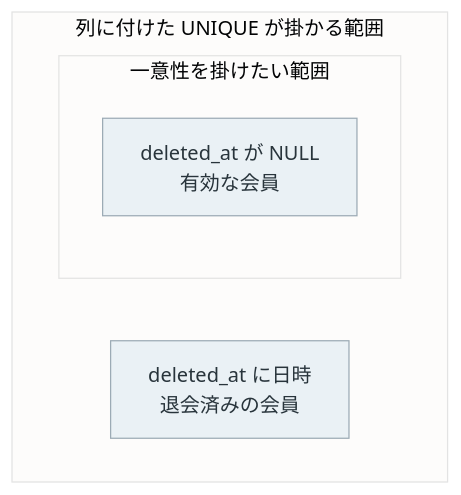
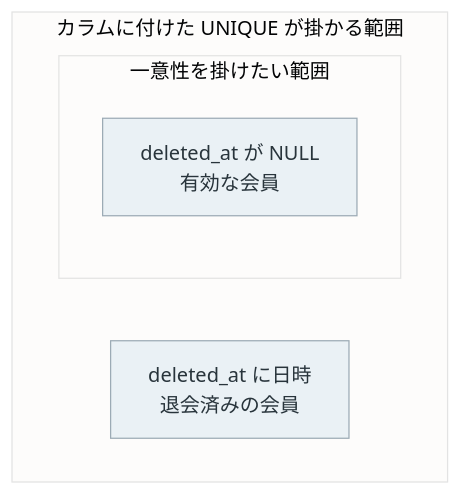
Before and after one commit to nao1215/debimate: the fourth of 5 diagrams in content/notes/database-systems/unique-constraint/index.md, drawn with Mermaid. The commit also changed other lines of this file and 125 other files, not shown here.

````diff
--- a/content/notes/database-systems/unique-constraint/index.md
+++ b/content/notes/database-systems/unique-constraint/index.md
@@ -160,11 +162,11 @@
 ```mermaid
 %%{init: {"theme":"base","themeVariables":{"primaryColor":"#eaf1f5","primaryTextColor":"#28343b","primaryBorderColor":"#9cabb5","lineColor":"#596b76","textColor":"#28343b","actorBkg":"#eaf1f5","actorBorder":"#9cabb5","actorTextColor":"#28343b","actorLineColor":"#9cabb5","signalColor":"#596b76","signalTextColor":"#28343b","noteBkgColor":"#f7f1e5","noteBorderColor":"#c5b99b","noteTextColor":"#403c32","activationBkgColor":"#edf3ef","activationBorderColor":"#9aafa1"}}}%%
 flowchart TB
-    subgraph E["列に付けた UNIQUE が掛かる範囲"]
+    subgraph E["カラムに付けた UNIQUE が掛かる範囲"]
         subgraph W["一意性を掛けたい範囲"]
             A["deleted_at が NULL<br/>有効な会員"]
         end
         D["deleted_at に日時<br/>退会済みの会員"]
     end
     classDef default fill:#eaf1f5,stroke:#9cabb5,color:#28343b;
 ```
````
